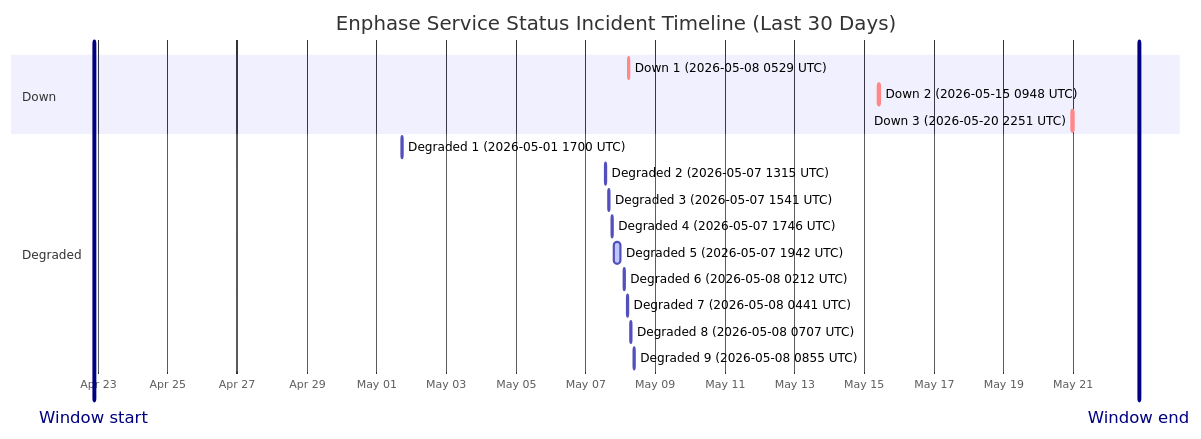
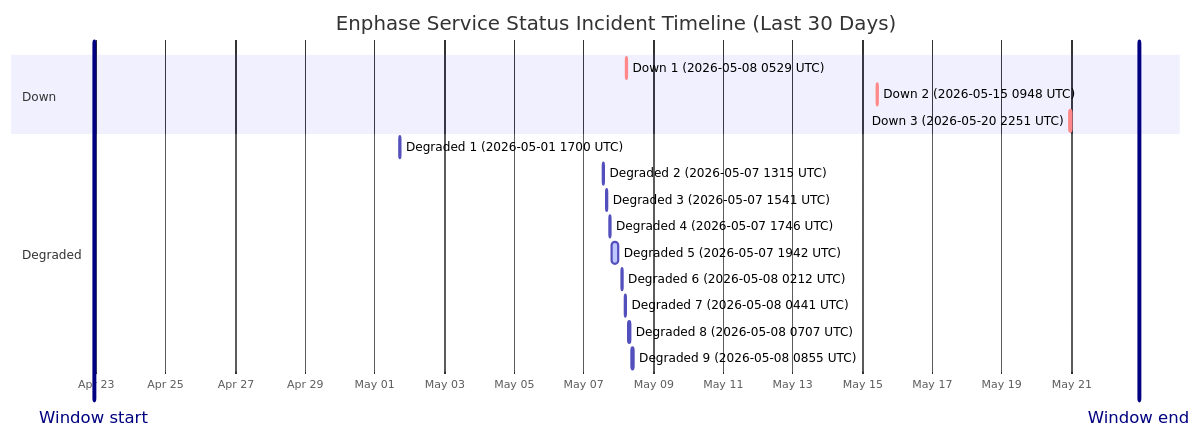
Before and after one commit to barneyonline/ha-enphase-ev-charger: the diagram in wiki/Service-Status-History.md, drawn with Mermaid. The commit also changed other lines of this file and 3 other files, not shown here.

````diff
--- a/wiki/Service-Status-History.md
+++ b/wiki/Service-Status-History.md
@@ -14,22 +14,22 @@
 ```mermaid
 gantt
     title Enphase Service Status Incident Timeline (Last 30 Days)
     dateFormat  YYYY-MM-DDTHH:mm:ss
     axisFormat  %b %d
-    Window start :vert, window-start, 2026-04-22T21:08:16, 0ms
-    Window end :vert, window-end, 2026-05-22T21:08:16, 0ms
+    Window start :vert, window-start, 2026-04-22T22:33:13, 0ms
+    Window end :vert, window-end, 2026-05-22T22:33:13, 0ms
     section Down
     Down 1 (2026-05-08 0529 UTC) :crit, down-1, 2026-05-08T05:29:47, 60m
     Down 2 (2026-05-15 0948 UTC) :crit, down-2, 2026-05-15T09:48:18, 60m
     Down 3 (2026-05-20 2251 UTC) :crit, down-3, 2026-05-20T22:51:14, 75m
     section Degraded
     Degraded 1 (2026-05-01 1700 UTC) :active, degraded-1, 2026-05-01T17:00:22, 60m
     Degraded 2 (2026-05-07 1315 UTC) :active, degraded-2, 2026-05-07T13:15:25, 60m
     Degraded 3 (2026-05-07 1541 UTC) :active, degraded-3, 2026-05-07T15:41:58, 60m
     Degraded 4 (2026-05-07 1746 UTC) :active, degraded-4, 2026-05-07T17:46:51, 60m
     Degraded 5 (2026-05-07 1942 UTC) :active, degraded-5, 2026-05-07T19:42:10, 249m
     Degraded 6 (2026-05-08 0212 UTC) :active, degraded-6, 2026-05-08T02:12:39, 60m
     Degraded 7 (2026-05-08 0441 UTC) :active, degraded-7, 2026-05-08T04:41:46, 60m
     Degraded 8 (2026-05-08 0707 UTC) :active, degraded-8, 2026-05-08T07:07:30, 60m
     Degraded 9 (2026-05-08 0855 UTC) :active, degraded-9, 2026-05-08T08:55:20, 88m
 ```
````
